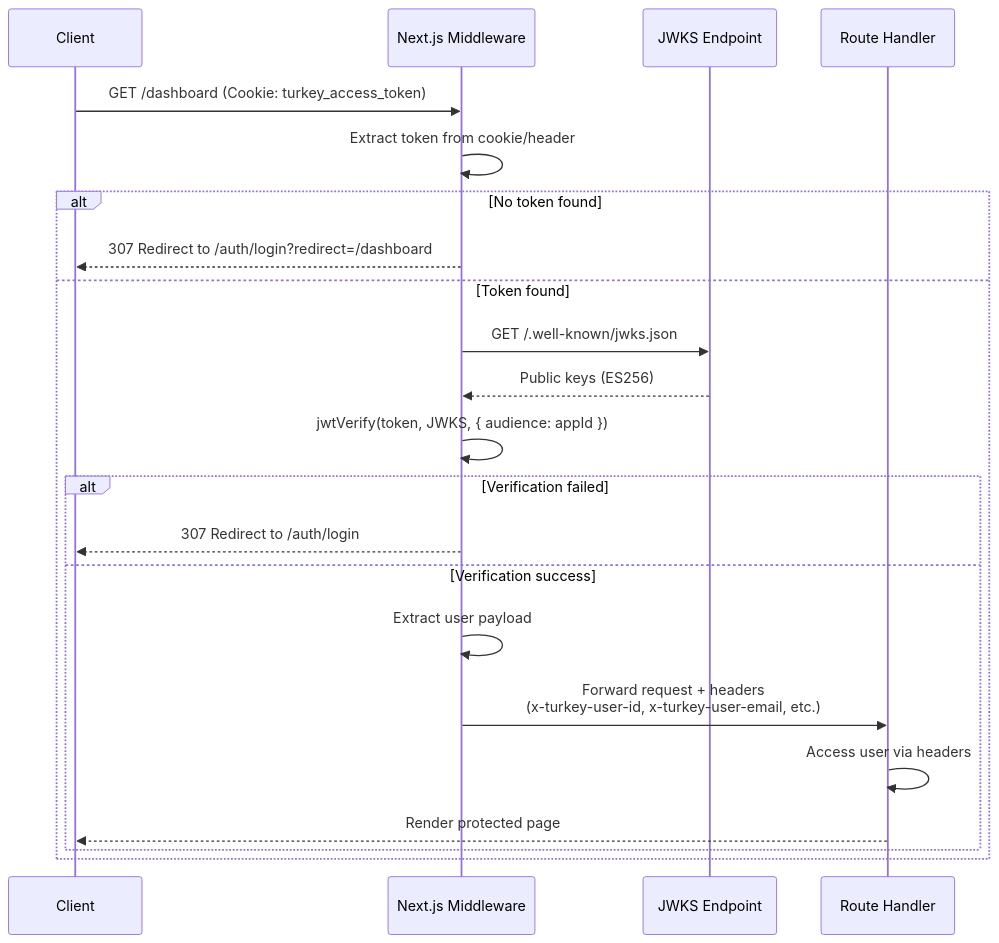
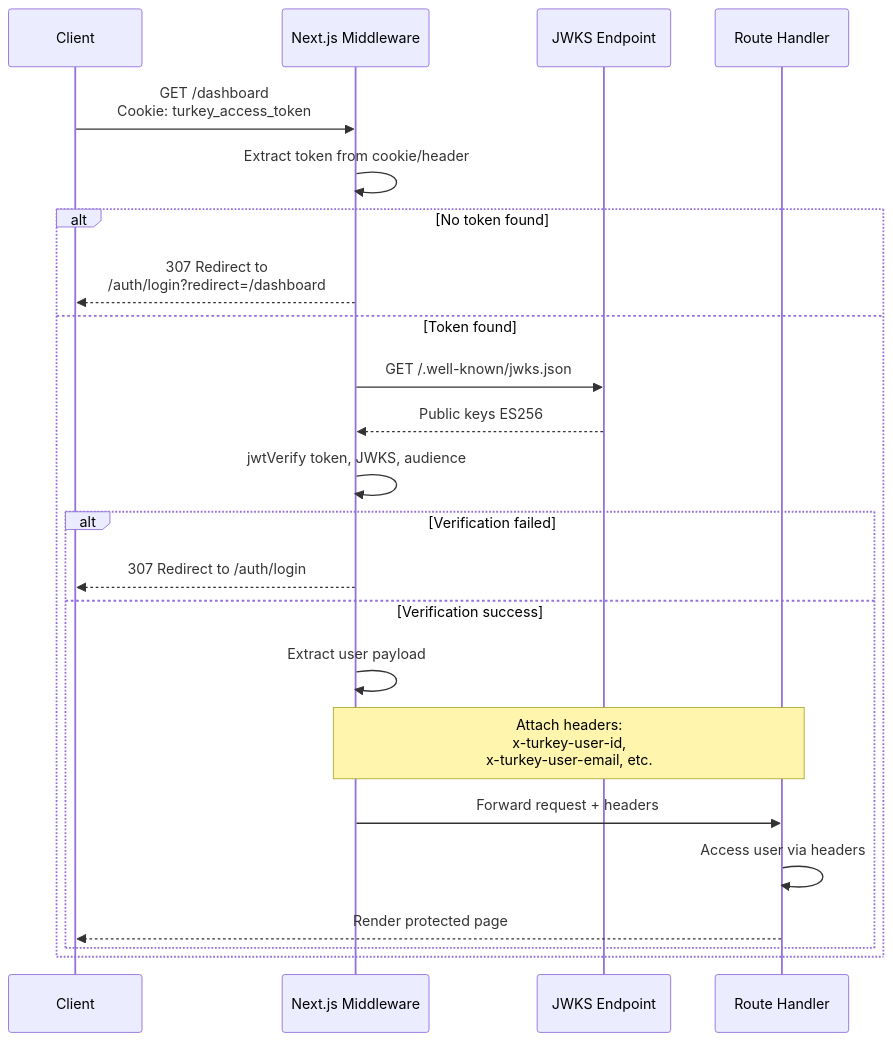
The third of 7 diagrams in README.md (jimmyjames88/turkey-sdk), drawn with Mermaid before and after one commit. The commit also changed other lines of this file and 1 other file, not shown here.

First line of the commit message:
fix: Fix Mermaid diagram rendering issues

````diff
--- a/README.md
+++ b/README.md
@@ -95,27 +95,28 @@
 ```mermaid
 sequenceDiagram
     participant Client
     participant Middleware as Next.js Middleware
     participant JWKS as JWKS Endpoint
     participant Route as Route Handler
 
-    Client->>Middleware: GET /dashboard (Cookie: turkey_access_token)
+    Client->>Middleware: GET /dashboard<br/>Cookie: turkey_access_token
     Middleware->>Middleware: Extract token from cookie/header
 
     alt No token found
-        Middleware-->>Client: 307 Redirect to /auth/login?redirect=/dashboard
+        Middleware-->>Client: 307 Redirect to<br/>/auth/login?redirect=/dashboard
     else Token found
         Middleware->>JWKS: GET /.well-known/jwks.json
-        JWKS-->>Middleware: Public keys (ES256)
-        Middleware->>Middleware: jwtVerify(token, JWKS, { audience: appId })
+        JWKS-->>Middleware: Public keys ES256
+        Middleware->>Middleware: jwtVerify token, JWKS, audience
 
         alt Verification failed
             Middleware-->>Client: 307 Redirect to /auth/login
         else Verification success
             Middleware->>Middleware: Extract user payload
-            Middleware->>Route: Forward request + headers<br/>(x-turkey-user-id, x-turkey-user-email, etc.)
+            Note over Middleware,Route: Attach headers:<br/>x-turkey-user-id,<br/>x-turkey-user-email, etc.
+            Middleware->>Route: Forward request + headers
             Route->>Route: Access user via headers
             Route-->>Client: Render protected page
         end
     end
 ```
````
